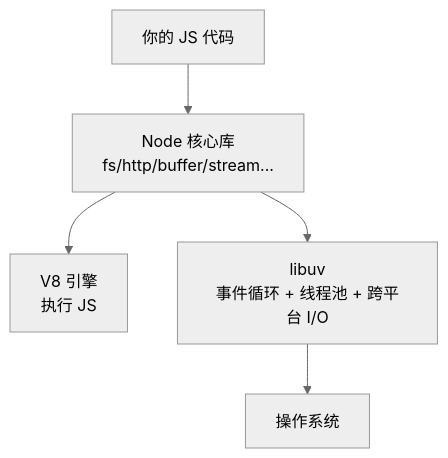
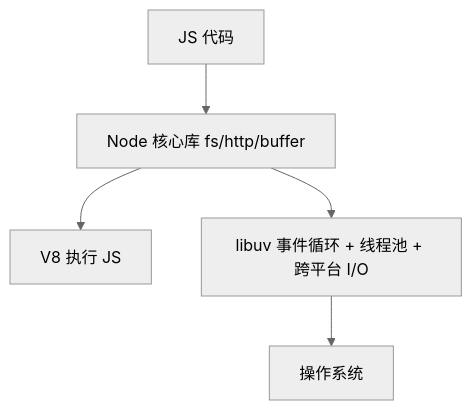
The diagram in frontend-knowledge-base/卷九-Node.js与运行时/9.1-Node架构与模块系统.md (inspire-man/frontend-knowledge-base), drawn with Mermaid (neutral theme) before and after one commit. The commit also changed other lines of this file and 5 other files, not shown here.

````diff
--- a/frontend-knowledge-base/卷九-Node.js与运行时/9.1-Node架构与模块系统.md
+++ b/frontend-knowledge-base/卷九-Node.js与运行时/9.1-Node架构与模块系统.md
@@ -16,7 +16,7 @@
 ```mermaid
 flowchart TB
-    A[你的 JS 代码] --> B[Node 核心库<br/>fs/http/buffer/stream...]
-    B --> C[V8 引擎<br/>执行 JS]
-    B --> D[libuv<br/>事件循环 + 线程池 + 跨平台 I/O]
+    A[JS 代码] --> B[Node 核心库 fs/http/buffer]
+    B --> C[V8 执行 JS]
+    B --> D[libuv 事件循环 + 线程池 + 跨平台 I/O]
     D --> E[操作系统]
 ```
````
